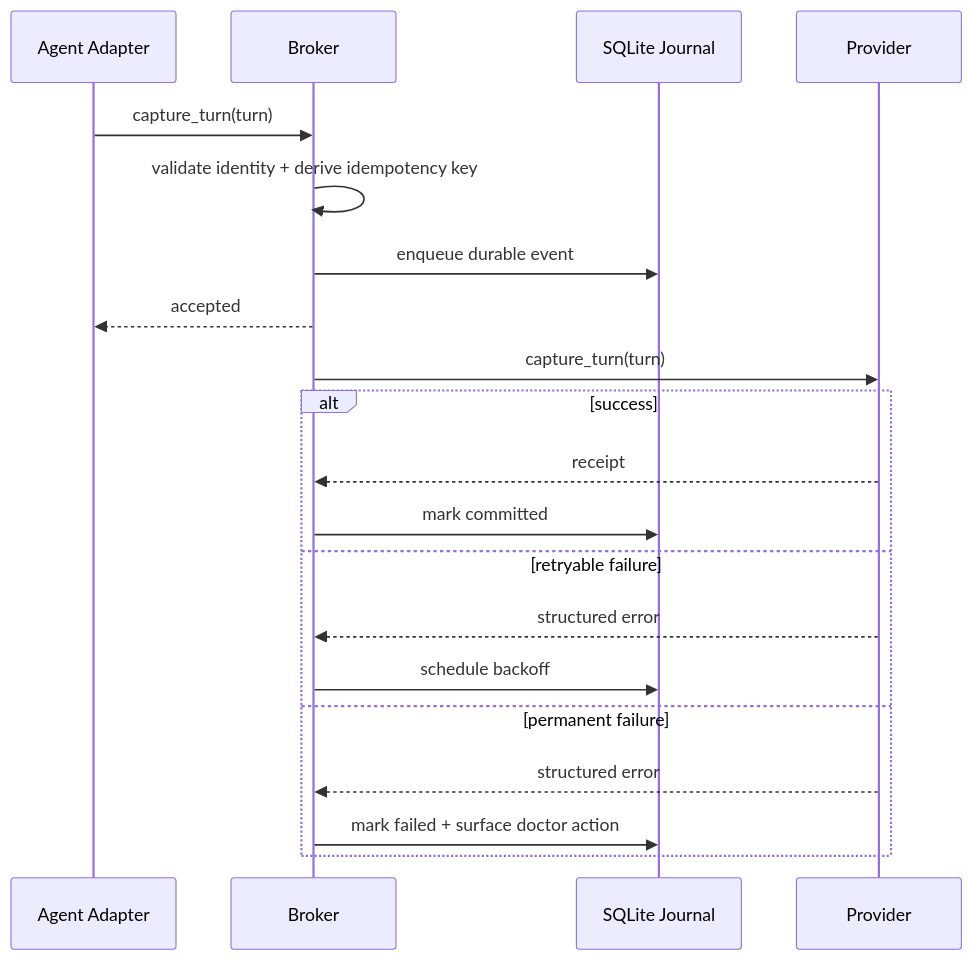
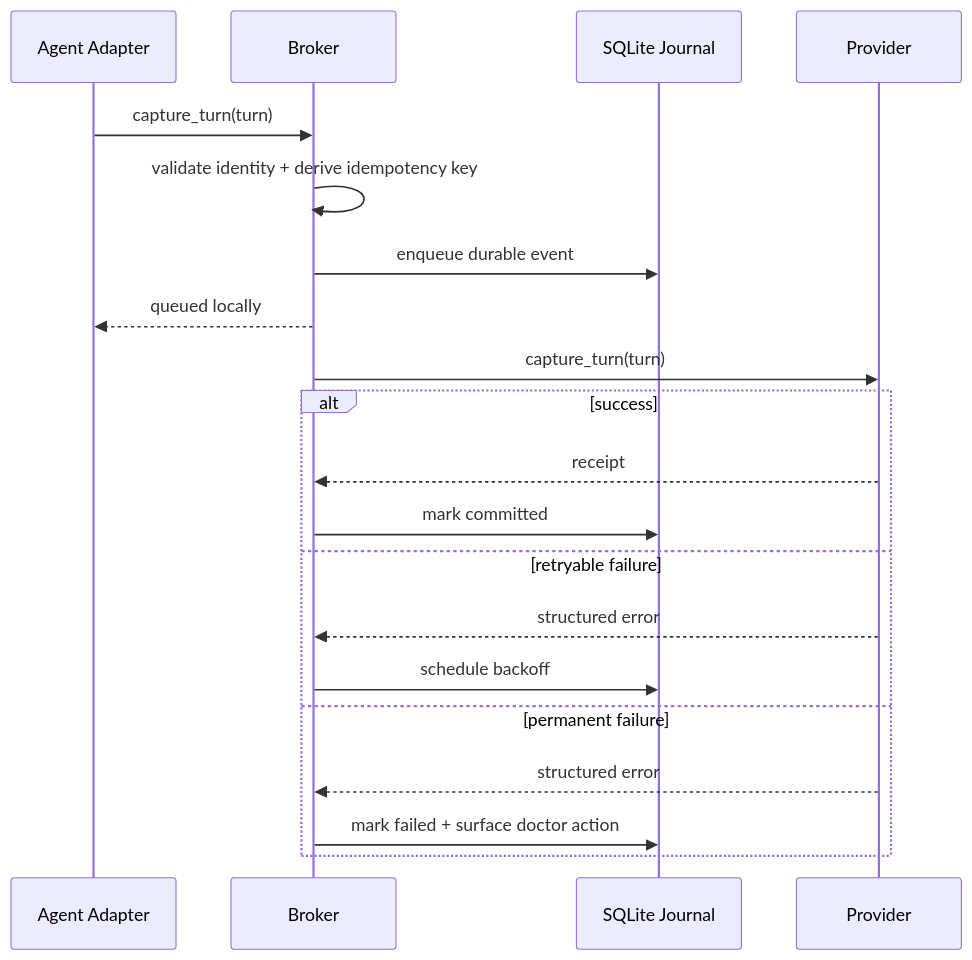
Before and after one commit to Chenkeliang/mlink: the fourth of 4 diagrams in docs/superpowers/specs/2026-08-28-mlink-mvp-design.md, drawn with Mermaid. The commit also changed other lines of this file, not shown here.

````diff
--- a/docs/superpowers/specs/2026-08-28-mlink-mvp-design.md
+++ b/docs/superpowers/specs/2026-08-28-mlink-mvp-design.md
@@ -572,23 +783,23 @@
 ```mermaid
 sequenceDiagram
     participant A as Agent Adapter
     participant B as Broker
     participant J as SQLite Journal
     participant P as Provider
 
     A->>B: capture_turn(turn)
     B->>B: validate identity + derive idempotency key
     B->>J: enqueue durable event
-    B-->>A: accepted
+    B-->>A: queued locally
     B->>P: capture_turn(turn)
     alt success
         P-->>B: receipt
         B->>J: mark committed
     else retryable failure
         P-->>B: structured error
         B->>J: schedule backoff
     else permanent failure
         P-->>B: structured error
         B->>J: mark failed + surface doctor action
     end
 ```
````
